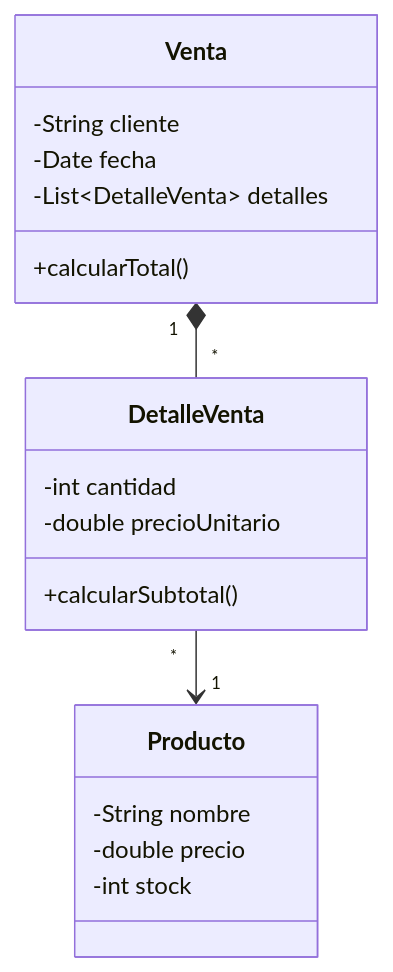
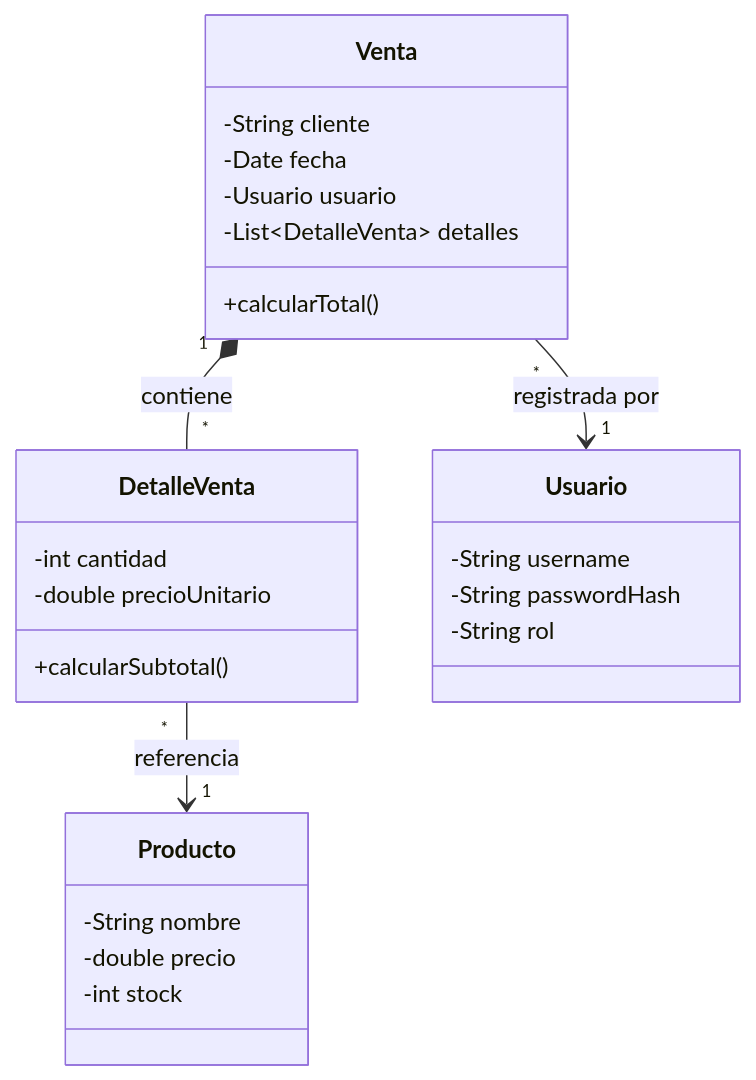
One commit to 262poo/comarket changed the third of 3 diagrams in docs/index.md. Above: the diagram before and after it, drawn with Mermaid. The commit also changed other lines of this file and 6 other files, not shown here.

````diff
--- a/docs/index.md
+++ b/docs/index.md
@@ -187,25 +187,33 @@
 ```mermaid
 classDiagram
     direction TB
     class Venta {
         -String cliente
         -Date fecha
+        -Usuario usuario
         -List~DetalleVenta~ detalles
         +calcularTotal()
     }
 
     class DetalleVenta {
         -int cantidad
         -double precioUnitario
         +calcularSubtotal()
     }
 
     class Producto {
         -String nombre
         -double precio
         -int stock
     }
 
-    Venta "1" *-- "*" DetalleVenta
-    DetalleVenta "*" --> "1" Producto
+    class Usuario {
+        -String username
+        -String passwordHash
+        -String rol
+    }
+
+    Venta "*" --> "1" Usuario : registrada por
+    Venta "1" *-- "*" DetalleVenta : contiene
+    DetalleVenta "*" --> "1" Producto : referencia
 ```
````
